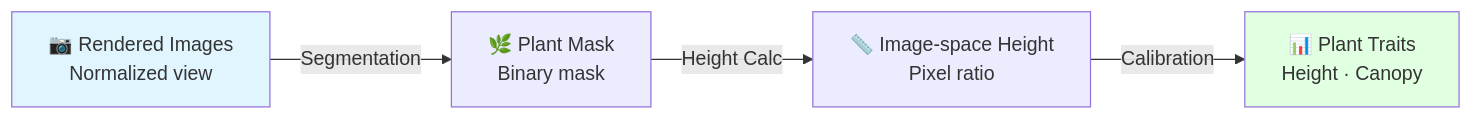
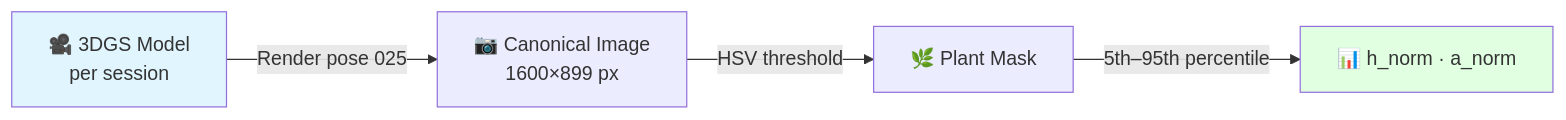
One commit to alzobaer/3dgs-pipeline-manual changed the diagram in docs/pipeline/trait-extraction.md. Above: the diagram before and after it, drawn with Mermaid. The commit also changed other lines of this file and 31 other files, not shown here.

````diff
--- a/docs/pipeline/trait-extraction.md
+++ b/docs/pipeline/trait-extraction.md
@@ -9,8 +9,8 @@
 ```mermaid
 graph LR
-    A[📷 Rendered Images<br/>Normalized view] -->|Segmentation| B[🌿 Plant Mask<br/>Binary mask]
-    B -->|Height Calc| C[📏 Image-space Height<br/>Pixel ratio]
-    C -->|Calibration| D[📊 Plant Traits<br/>Height · Canopy]
+    A[🎥 3DGS Model<br/>per session] -->|Render pose 025| B[📷 Canonical Image<br/>1600×899 px]
+    B -->|HSV threshold| C[🌿 Plant Mask]
+    C -->|5th–95th percentile| D[📊 h_norm · a_norm]
     style A fill:#e1f5ff
     style D fill:#e1ffe1
 ```
````
